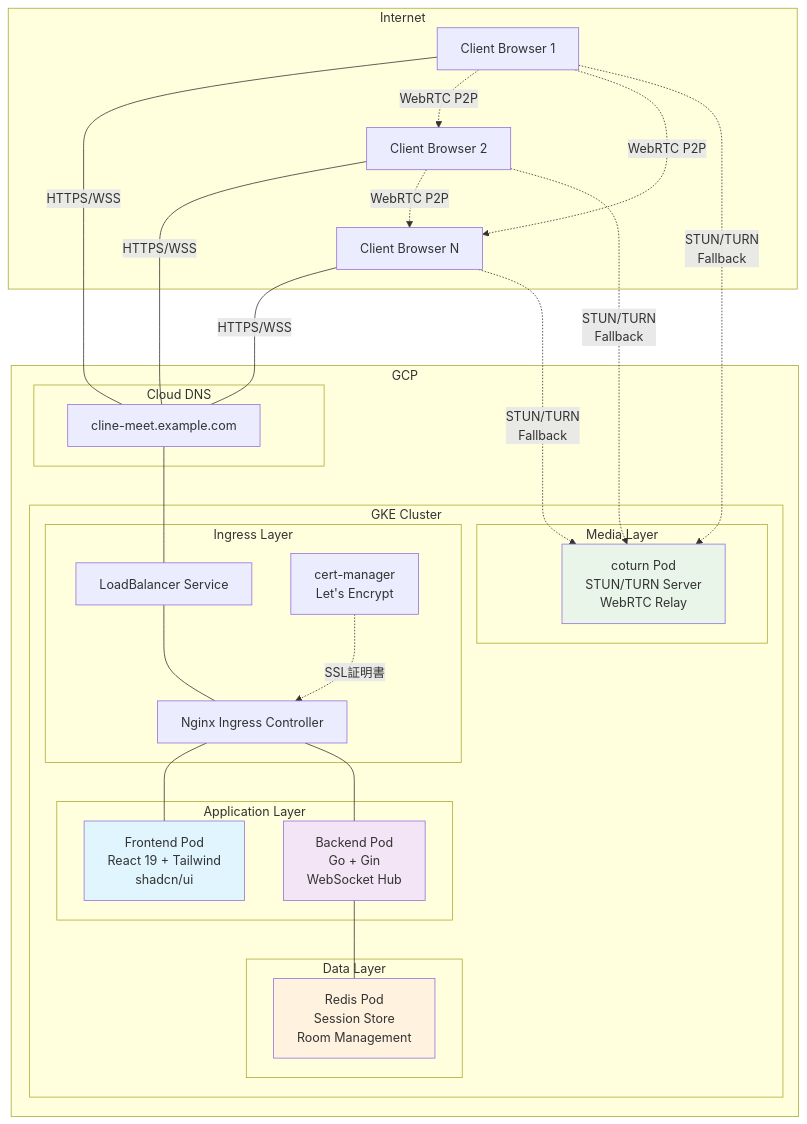
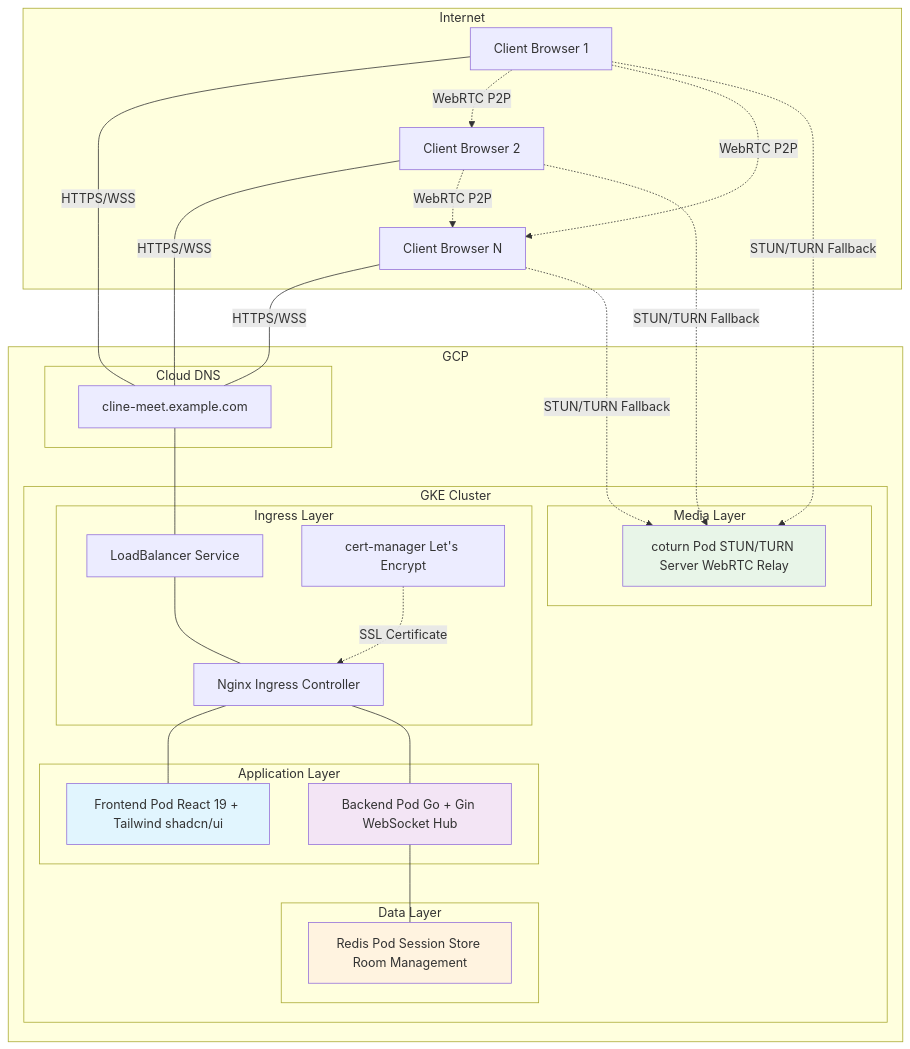
One commit to ReoYabiku/cline-meet-2 changed the first of 3 diagrams in README.md. Above: the diagram before and after it, drawn with Mermaid. The commit also changed other lines of this file, not shown here.

````diff
--- a/README.md
+++ b/README.md
@@ -212,59 +182,59 @@
 ```mermaid
 graph TB
     subgraph "Internet"
         Client1[Client Browser 1]
         Client2[Client Browser 2]
         ClientN[Client Browser N]
     end
     
     subgraph "GCP"
         subgraph "Cloud DNS"
             DNS[cline-meet.example.com]
         end
         
         subgraph "GKE Cluster"
             subgraph "Ingress Layer"
                 LB[LoadBalancer Service]
                 Ingress[Nginx Ingress Controller]
-                CertManager[cert-manager<br/>Let's Encrypt]
+                CertManager[cert-manager Let's Encrypt]
             end
             
             subgraph "Application Layer"
-                Frontend[Frontend Pod<br/>React 19 + Tailwind<br/>shadcn/ui]
-                Backend[Backend Pod<br/>Go + Gin<br/>WebSocket Hub]
+                Frontend[Frontend Pod React 19 + Tailwind shadcn/ui]
+                Backend[Backend Pod Go + Gin WebSocket Hub]
             end
             
             subgraph "Data Layer"
-                Redis[Redis Pod<br/>Session Store<br/>Room Management]
+                Redis[Redis Pod Session Store Room Management]
             end
             
             subgraph "Media Layer"
-                Coturn[coturn Pod<br/>STUN/TURN Server<br/>WebRTC Relay]
+                Coturn[coturn Pod STUN/TURN Server WebRTC Relay]
             end
         end
     end
     
     Client1 ---|HTTPS/WSS| DNS
     Client2 ---|HTTPS/WSS| DNS
     ClientN ---|HTTPS/WSS| DNS
     DNS --- LB
     LB --- Ingress
-    CertManager -.->|SSL証明書| Ingress
+    CertManager -.->|SSL Certificate| Ingress
     
     Ingress --- Frontend
     Ingress --- Backend
     Backend --- Redis
     
     Client1 -.->|WebRTC P2P| Client2
     Client1 -.->|WebRTC P2P| ClientN
     Client2 -.->|WebRTC P2P| ClientN
     
-    Client1 -.->|STUN/TURN<br/>Fallback| Coturn
-    Client2 -.->|STUN/TURN<br/>Fallback| Coturn
-    ClientN -.->|STUN/TURN<br/>Fallback| Coturn
+    Client1 -.->|STUN/TURN Fallback| Coturn
+    Client2 -.->|STUN/TURN Fallback| Coturn
+    ClientN -.->|STUN/TURN Fallback| Coturn
     
     style Frontend fill:#e1f5fe
     style Backend fill:#f3e5f5
     style Redis fill:#fff3e0
     style Coturn fill:#e8f5e8
 ```
````
